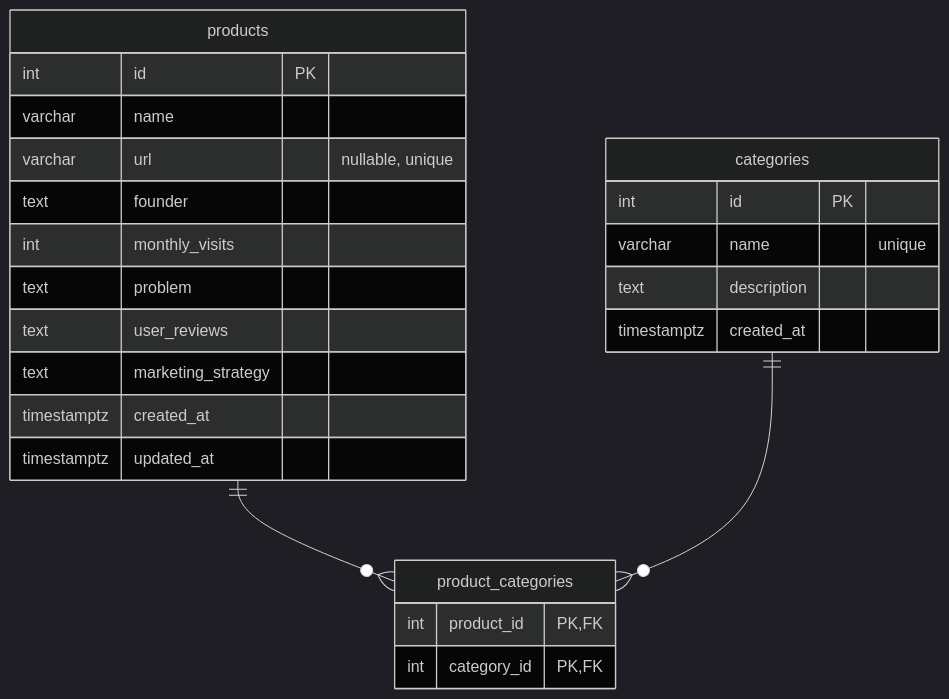
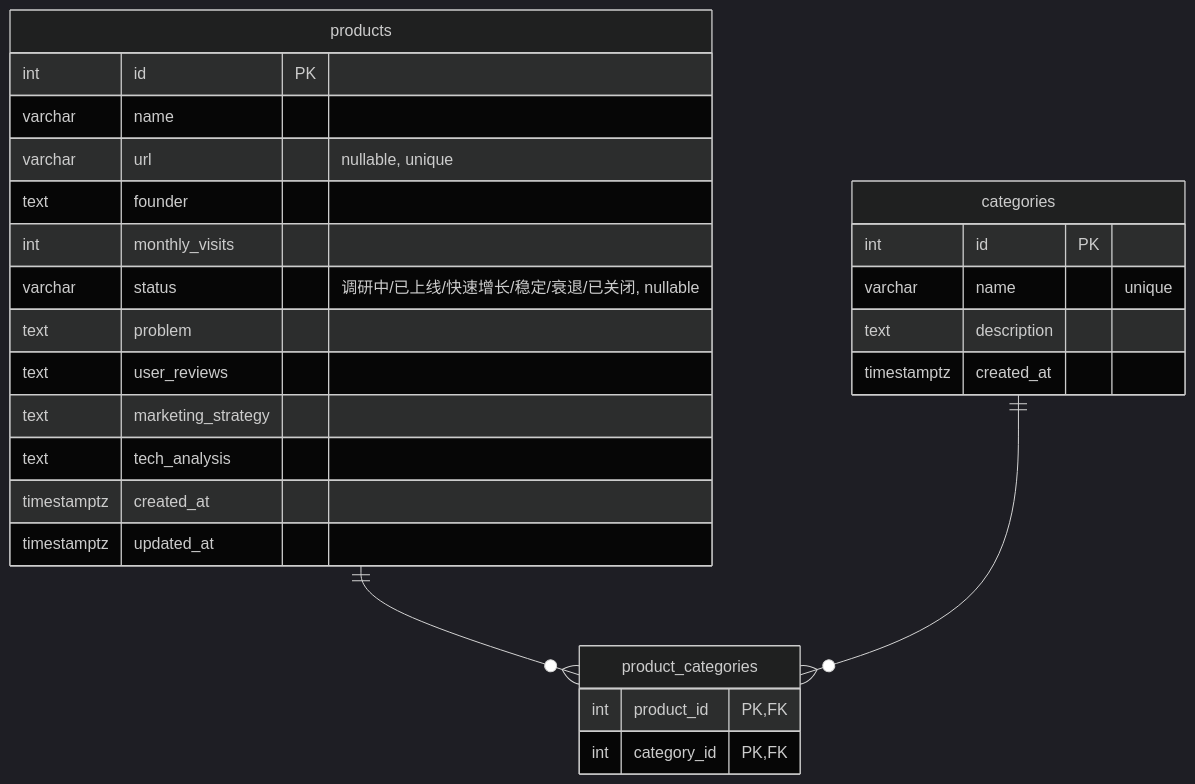
Before and after one commit to notrick-no/producthub: the diagram in doc/架构.md, drawn with Mermaid (dark theme). The commit also changed other lines of this file and 12 other files, not shown here.

````diff
--- a/doc/架构.md
+++ b/doc/架构.md
@@ -70,27 +70,29 @@
 ```mermaid
 erDiagram
   products ||--o{ product_categories : ""
   categories ||--o{ product_categories : ""
   products {
     int id PK
     varchar name
     varchar url "nullable, unique"
     text founder
     int monthly_visits
+    varchar status "调研中/已上线/快速增长/稳定/衰退/已关闭, nullable"
     text problem
     text user_reviews
     text marketing_strategy
+    text tech_analysis
     timestamptz created_at
     timestamptz updated_at
   }
   categories {
     int id PK
     varchar name "unique"
     text description
     timestamptz created_at
   }
   product_categories {
     int product_id PK,FK
     int category_id PK,FK
   }
 ```
````
